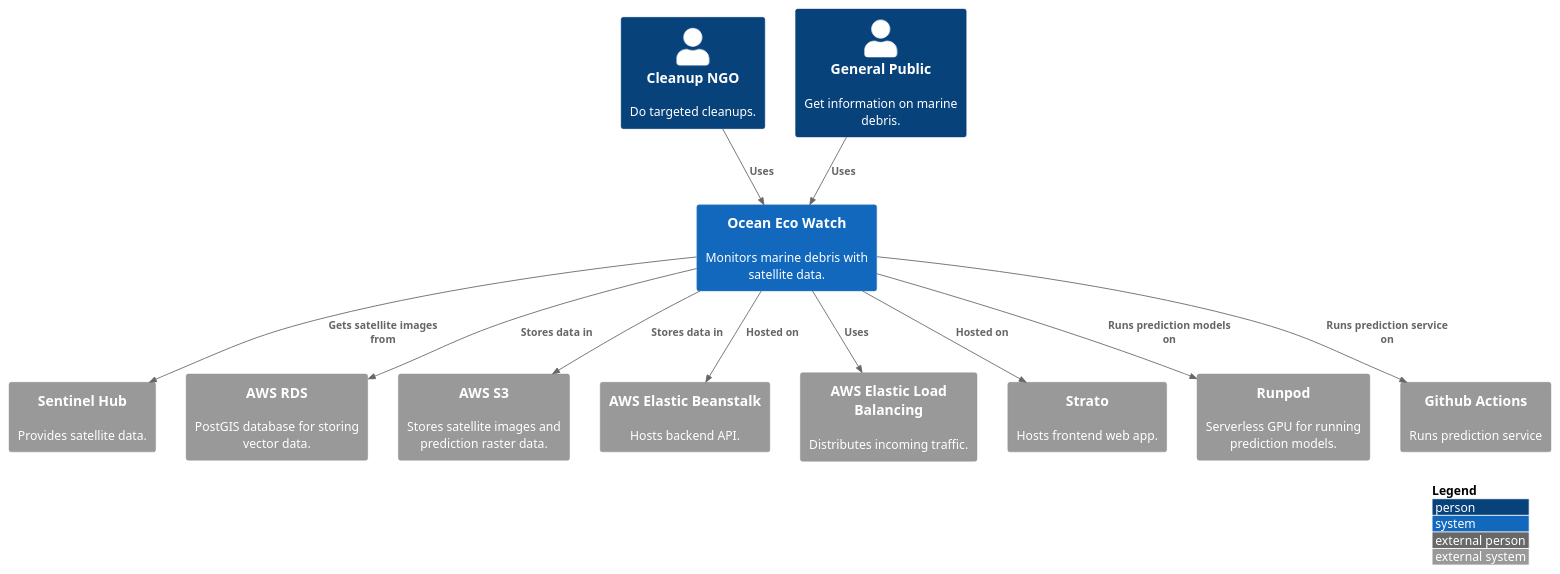
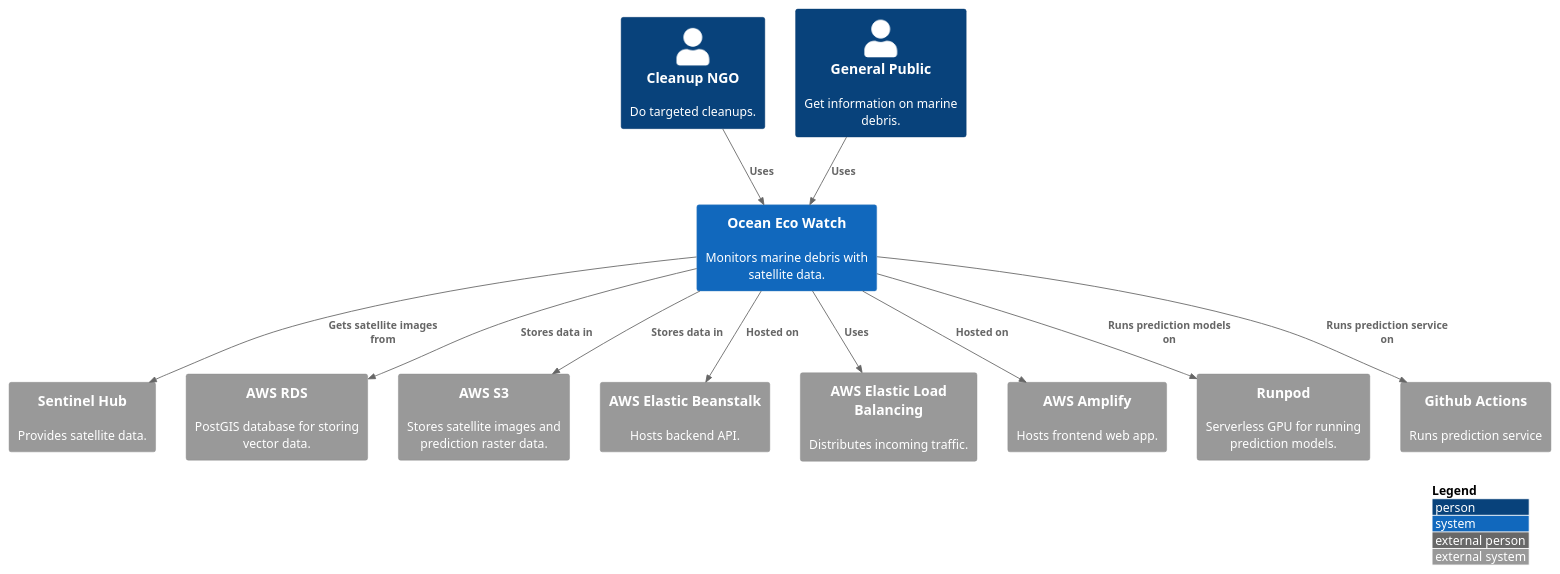
The diagram in docs/diagrams/puml/system_context_diagram.puml (OceanEcoWatch/PlasticDetectionService), drawn with PlantUML before and after one commit. The commit also changed 1 other file, not shown here.

Commit message:
update diagrams

```diff
--- a/docs/diagrams/puml/system_context_diagram.puml
+++ b/docs/diagrams/puml/system_context_diagram.puml
@@ -1,30 +1,30 @@
 @startuml system_context_diagram
 !include https://raw.githubusercontent.com/plantuml-stdlib/C4-PlantUML/master/C4_Context.puml
 
 LAYOUT_WITH_LEGEND()
 
 Person(ngo, "Cleanup NGO", "Do targeted cleanups.")
 Person(user, "General Public", "Get information on marine debris.")
 System(OceanEcoWatch, "Ocean Eco Watch", "Monitors marine debris with satellite data.")
 System_Ext(SentinelHub, "Sentinel Hub", "Provides satellite data.")
 System_Ext(AwsRds, "AWS RDS", "PostGIS database for storing vector data.")
 System_Ext(AwsS3, "AWS S3", "Stores satellite images and prediction raster data.")
 System_Ext(AwsElasticBeanstalk, "AWS Elastic Beanstalk", "Hosts backend API.")
 System_Ext(AwsElasticLoadBalancing, "AWS Elastic Load Balancing", "Distributes incoming traffic.")
-System_Ext(Strato, "Strato", "Hosts frontend web app.")
+System_Ext(AWSAmplify, "AWS Amplify", "Hosts frontend web app.")
 System_Ext(Runpod, "Runpod", "Serverless GPU for running prediction models.")
 System_Ext(GithubActions, "Github Actions", "Runs prediction service")
 
 Rel(ngo, OceanEcoWatch, "Uses")
 Rel(user, OceanEcoWatch, "Uses")
 Rel(OceanEcoWatch, SentinelHub, "Gets satellite images from")
 Rel(OceanEcoWatch, AwsRds, "Stores data in")
 Rel(OceanEcoWatch, AwsS3, "Stores data in")
 Rel(OceanEcoWatch, AwsElasticBeanstalk, "Hosted on")
 Rel(OceanEcoWatch, AwsElasticLoadBalancing, "Uses")
-Rel(OceanEcoWatch, Strato, "Hosted on")
+Rel(OceanEcoWatch, AWSAmplify, "Hosted on")
 Rel(OceanEcoWatch, Runpod, "Runs prediction models on")
 Rel(OceanEcoWatch, GithubActions, "Runs prediction service on")
 
 
 @enduml
```
